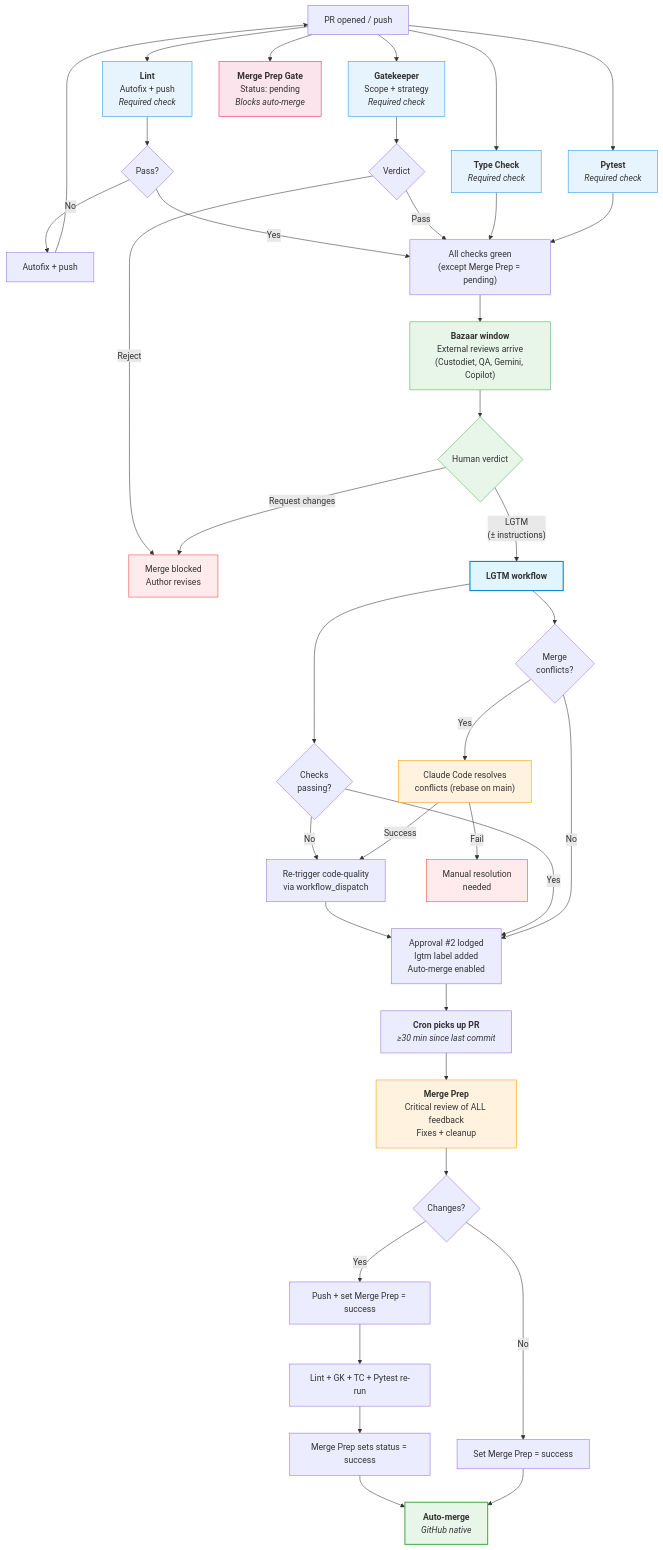
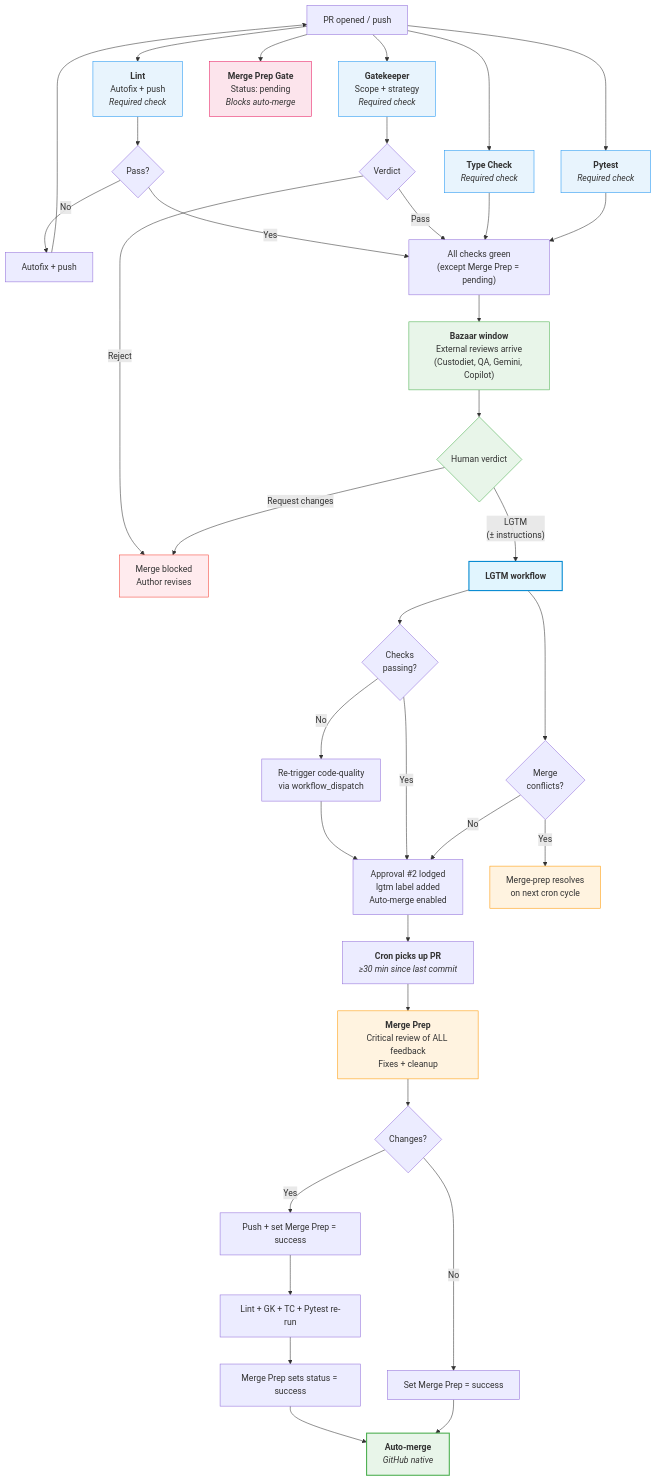
Before and after one commit to nicsuzor/academicOps: the diagram in specs/pr-process.md, drawn with Mermaid. The commit also changed other lines of this file and 2 other files, not shown here.

First line of the commit message:
refactor(lgtm): move conflict resolution to merge-prep where it belongs

````diff
--- a/specs/pr-process.md
+++ b/specs/pr-process.md
@@ -153,73 +153,70 @@
 ```mermaid
 flowchart TD
     PR["PR opened / push"]
 
     %% Phase 1: Immediate
     PR --> Lint["<b>Lint</b><br/>Autofix + push<br/><i>Required check</i>"]
     PR --> GK["<b>Gatekeeper</b><br/>Scope + strategy<br/><i>Required check</i>"]
     PR --> TC["<b>Type Check</b><br/><i>Required check</i>"]
     PR --> Test["<b>Pytest</b><br/><i>Required check</i>"]
     PR --> MPGate["<b>Merge Prep Gate</b><br/>Status: pending<br/><i>Blocks auto-merge</i>"]
 
     Lint --> LintOK{Pass?}
     LintOK -- No --> AutoFix["Autofix + push"]
     AutoFix --> PR
     LintOK -- Yes --> Green
 
     GK --> GKV{Verdict}
     GKV -- Reject --> Blocked["Merge blocked<br/>Author revises"]
     GKV -- Pass --> Green
 
     TC --> Green
     Test --> Green["All checks green<br/>(except Merge Prep = pending)"]
 
     %% Phase 2-3: Bazaar + Human
     Green --> Wait["<b>Bazaar window</b><br/>External reviews arrive<br/>(Custodiet, QA, Gemini, Copilot)"]
     Wait --> Human{"Human verdict"}
     Human -- "Request changes" --> Blocked
     Human -- "LGTM<br/>(± instructions)" --> LGTM
 
     %% LGTM workflow
     LGTM["<b>LGTM workflow</b>"]
     LGTM --> CheckStatus{"Checks<br/>passing?"}
     CheckStatus -- No --> Retrigger["Re-trigger code-quality<br/>via workflow_dispatch"]
     Retrigger --> Approved
     CheckStatus -- Yes --> Approved
     LGTM --> Conflicts{"Merge<br/>conflicts?"}
-    Conflicts -- Yes --> Rebase["Claude Code resolves<br/>conflicts (rebase on main)"]
-    Rebase -- Success --> Retrigger
-    Rebase -- Fail --> Manual["Manual resolution<br/>needed"]
+    Conflicts -- Yes --> WaitCron["Merge-prep resolves<br/>on next cron cycle"]
     Conflicts -- No --> Approved
     Approved["Approval #2 lodged<br/>lgtm label added<br/>Auto-merge enabled"]
 
     %% Phase 4: Merge Prep (cron)
     Approved --> Cron["<b>Cron picks up PR</b><br/><i>≥30 min since last commit</i>"]
     Cron --> MP["<b>Merge Prep</b><br/>Critical review of ALL feedback<br/>Fixes + cleanup"]
     MP --> MPPush{Changes?}
     MPPush -- Yes --> Push["Push + set Merge Prep = success"]
     MPPush -- No --> MPDone["Set Merge Prep = success"]
     Push --> Recheck["Lint + GK + TC + Pytest re-run"]
     Recheck --> MPSet["Merge Prep sets status = success"]
     MPSet --> Merge
     MPDone --> Merge["<b>Auto-merge</b><br/><i>GitHub native</i>"]
 
     %% Styling
     classDef check fill:#e8f4fd,stroke:#2196f3
     classDef human fill:#e8f5e9,stroke:#4caf50
     classDef agent fill:#fff3e0,stroke:#ff9800
     classDef success fill:#e8f5e9,stroke:#4caf50,stroke-width:2px
     classDef fail fill:#ffebee,stroke:#f44336
     classDef gate fill:#fce4ec,stroke:#e91e63
     classDef lgtm fill:#e1f5fe,stroke:#0288d1,stroke-width:2px
 
     class Lint,TC,Test check
     class GK check
     class Human,Wait human
     class MP agent
     class Merge success
     class Blocked fail
     class MPGate gate
     class LGTM lgtm
-    class Rebase agent
-    class Manual fail
+    class WaitCron agent
 ```
````
